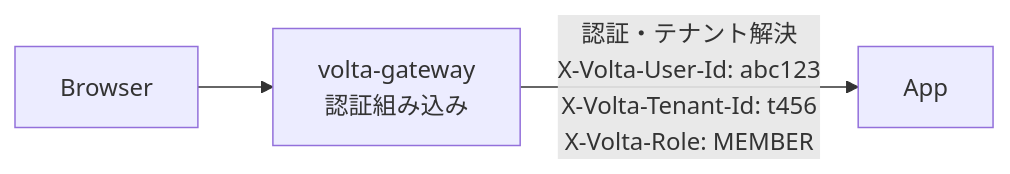
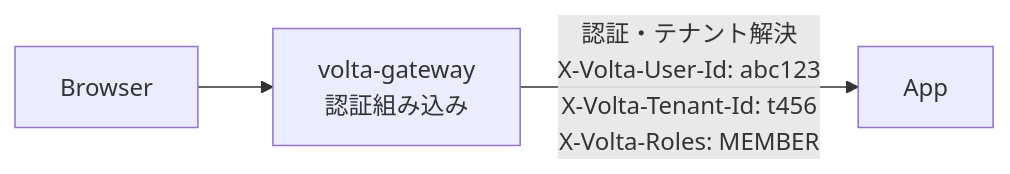
The second of 7 diagrams in README.ja.md (opaopa6969/volta-auth-proxy), drawn with Mermaid before and after one commit. The commit also changed other lines of this file and 2 other files, not shown here.

````diff
--- a/README.ja.md
+++ b/README.ja.md
@@ -64,5 +64,5 @@
 ```mermaid
 flowchart LR
     Browser --> Gateway[volta-gateway<br/>認証組み込み]
-    Gateway -->|認証・テナント解決<br/>X-Volta-User-Id: abc123<br/>X-Volta-Tenant-Id: t456<br/>X-Volta-Role: MEMBER| App
+    Gateway -->|認証・テナント解決<br/>X-Volta-User-Id: abc123<br/>X-Volta-Tenant-Id: t456<br/>X-Volta-Roles: MEMBER| App
 ```
````
